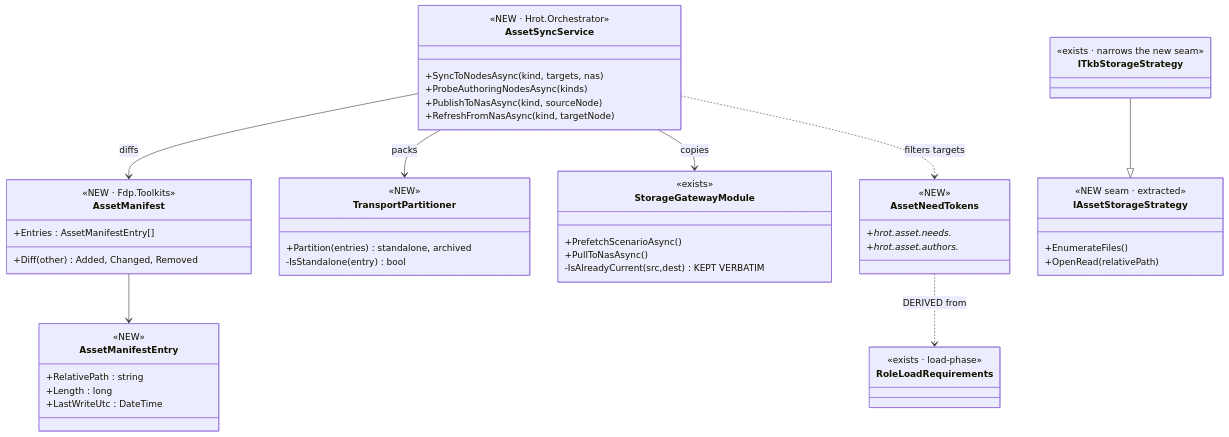
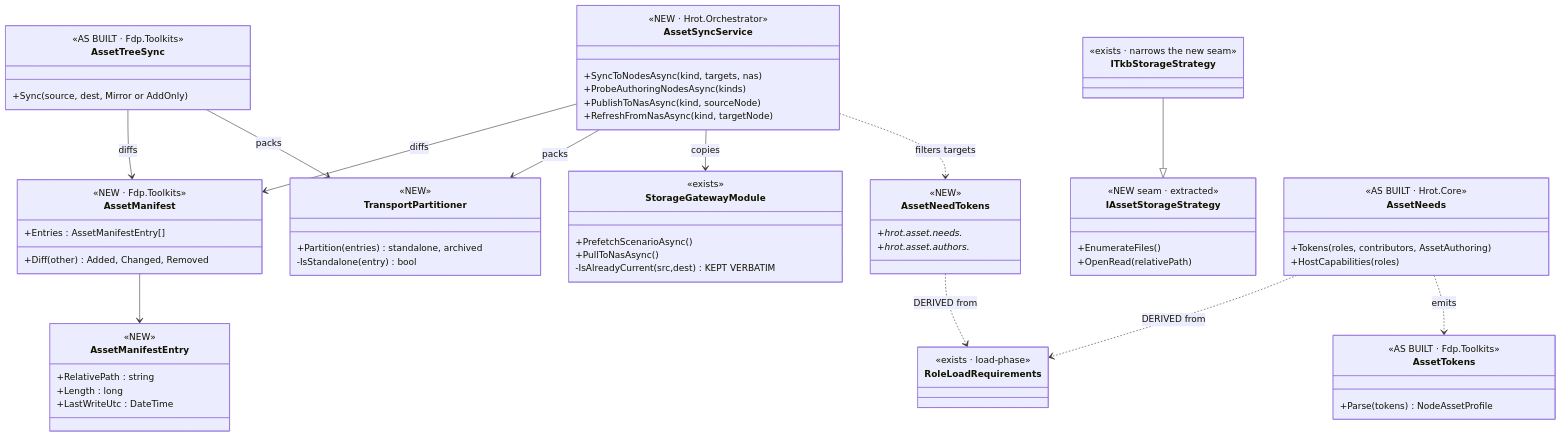
One commit to pjanec/HROT changed the first of 4 diagrams in docs/DESIGN_Asset_Management.md. Above: the diagram before and after it, drawn with Mermaid. The commit also changed other lines of this file and 32 other files, not shown here.

````diff
--- a/docs/DESIGN_Asset_Management.md
+++ b/docs/DESIGN_Asset_Management.md
@@ -142,55 +147,72 @@
 ```mermaid
 classDiagram
     class AssetSyncService {
         <<NEW · Hrot.Orchestrator>>
         +SyncToNodesAsync(kind, targets, nas)
         +ProbeAuthoringNodesAsync(kinds)
         +PublishToNasAsync(kind, sourceNode)
         +RefreshFromNasAsync(kind, targetNode)
     }
     class AssetManifest {
         <<NEW · Fdp.Toolkits>>
         +Entries : AssetManifestEntry[]
         +Diff(other) Added, Changed, Removed
     }
     class AssetManifestEntry {
         <<NEW>>
         +RelativePath : string
         +Length : long
         +LastWriteUtc : DateTime
     }
     class TransportPartitioner {
         <<NEW>>
         +Partition(entries) standalone, archived
         -IsStandalone(entry) bool
     }
     class StorageGatewayModule {
         <<exists>>
         +PrefetchScenarioAsync()
         +PullToNasAsync()
         -IsAlreadyCurrent(src,dest) KEPT VERBATIM
     }
     class IAssetStorageStrategy {
         <<NEW seam · extracted>>
         +EnumerateFiles()
         +OpenRead(relativePath)
     }
     class ITkbStorageStrategy {
         <<exists · narrows the new seam>>
     }
     class RoleLoadRequirements {
         <<exists · load-phase>>
     }
     class AssetNeedTokens {
         <<NEW>>
         +hrot.asset.needs.*
         +hrot.asset.authors.*
     }
+    class AssetTreeSync {
+        <<AS BUILT · Fdp.Toolkits>>
+        +Sync(source, dest, Mirror or AddOnly)
+    }
+    class AssetTokens {
+        <<AS BUILT · Fdp.Toolkits>>
+        +Parse(tokens) NodeAssetProfile
+    }
+    class AssetNeeds {
+        <<AS BUILT · Hrot.Core>>
+        +Tokens(roles, contributors, AssetAuthoring)
+        +HostCapabilities(roles)
+    }
+    AssetNeeds ..> RoleLoadRequirements : DERIVED from
+    AssetNeeds ..> AssetTokens : emits
+    AssetTreeSync --> AssetManifest : diffs
+    AssetTreeSync --> TransportPartitioner : packs
     AssetSyncService --> AssetManifest : diffs
     AssetSyncService --> TransportPartitioner : packs
     AssetSyncService --> StorageGatewayModule : copies
     AssetManifest --> AssetManifestEntry
     ITkbStorageStrategy --|> IAssetStorageStrategy
     AssetNeedTokens ..> RoleLoadRequirements : DERIVED from
     AssetSyncService ..> AssetNeedTokens : filters targets
 ```
````
